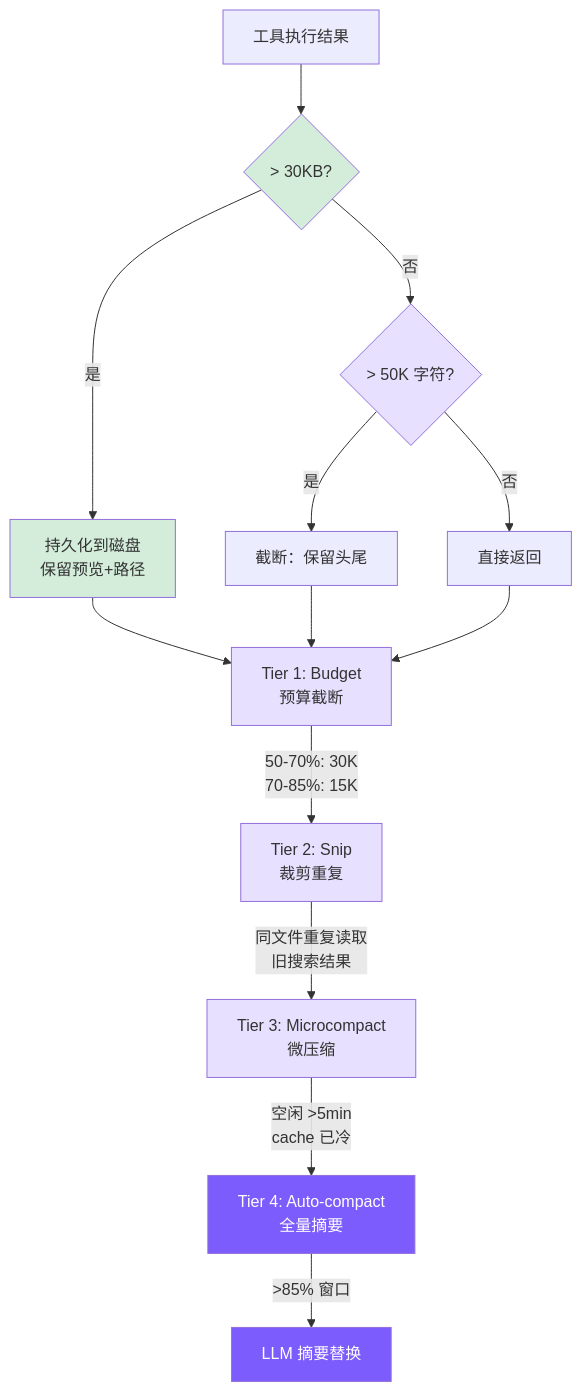
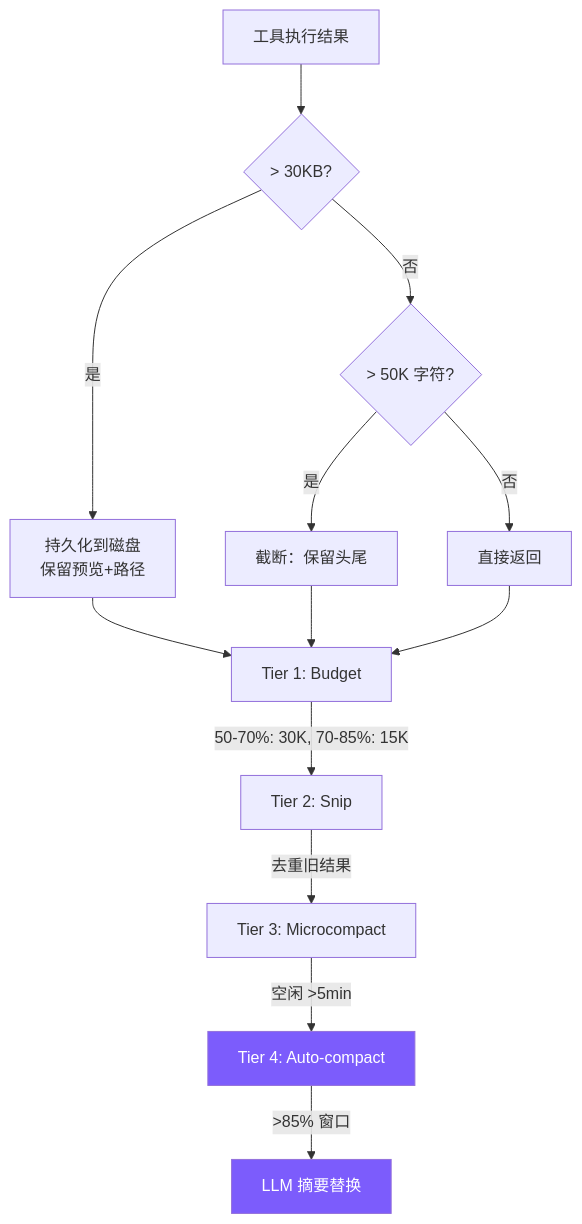
Before and after one commit to joinmouse/claude-code-mini: the diagram in docs/07-context.md, drawn with Mermaid. The commit also changed other lines of this file and 30 other files, not shown here.

````diff
--- a/docs/07-context.md
+++ b/docs/07-context.md
@@ -7,25 +5,19 @@
 ```mermaid
 graph TD
     Tool[工具执行结果] --> Persist{"&gt; 30KB?"}
     Persist -->|是| Disk["持久化到磁盘<br/>保留预览+路径"]
     Persist -->|否| Trunc{"&gt; 50K 字符?"}
     Disk --> T1
     Trunc -->|是| Cut["截断：保留头尾"]
     Trunc -->|否| Pass[直接返回]
     Cut --> T1
     Pass --> T1
 
-    T1["Tier 1: Budget<br/>预算截断"] -->|"50-70%: 30K<br/>70-85%: 15K"| T2["Tier 2: Snip<br/>裁剪重复"]
-    T2 -->|"同文件重复读取<br/>旧搜索结果"| T3["Tier 3: Microcompact<br/>微压缩"]
-    T3 -->|"空闲 &gt;5min<br/>cache 已冷"| T4["Tier 4: Auto-compact<br/>全量摘要"]
+    T1["Tier 1: Budget"] -->|"50-70%: 30K, 70-85%: 15K"| T2["Tier 2: Snip"]
+    T2 -->|去重旧结果| T3["Tier 3: Microcompact"]
+    T3 -->|空闲 &gt;5min| T4["Tier 4: Auto-compact"]
     T4 -->|"&gt;85% 窗口"| Summary[LLM 摘要替换]
 
-    style Persist fill:#d4edda
-    style Disk fill:#d4edda
-    style Trunc fill:#e8e0ff
-    style T1 fill:#e8e0ff
-    style T2 fill:#e8e0ff
-    style T3 fill:#e8e0ff
     style T4 fill:#7c5cfc,color:#fff
     style Summary fill:#7c5cfc,color:#fff
 ```
````
